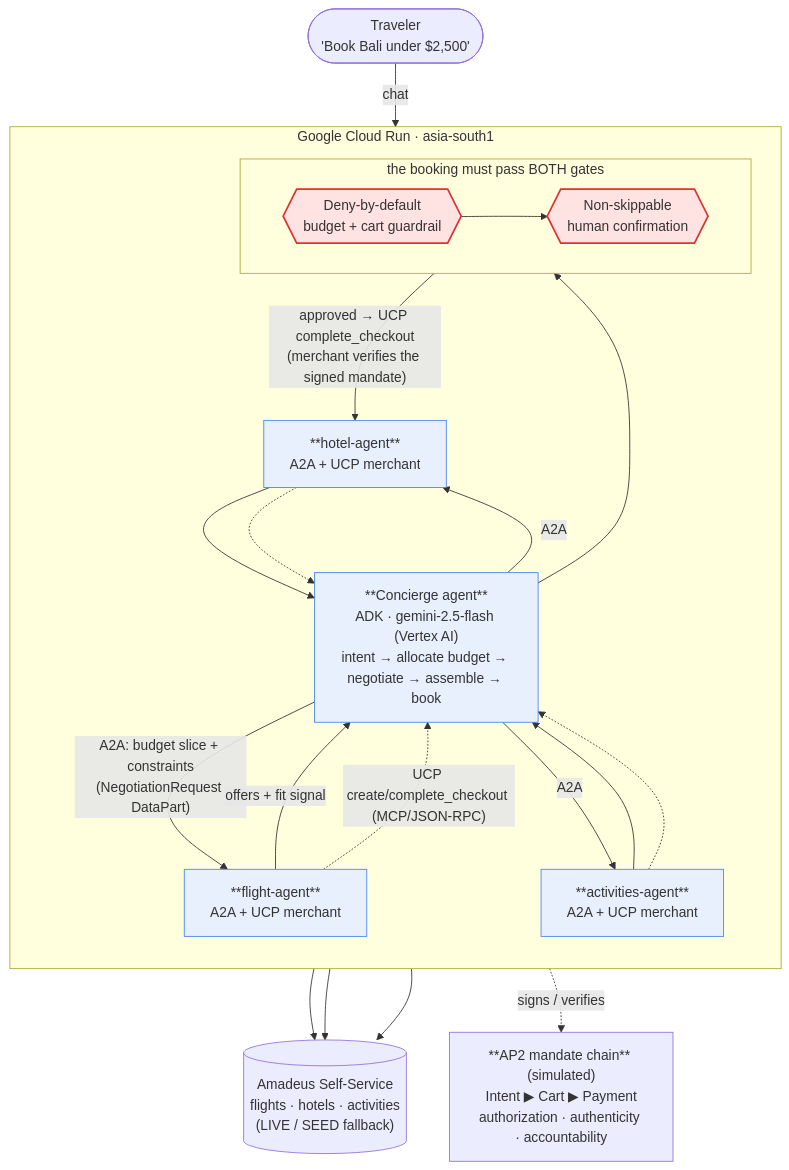
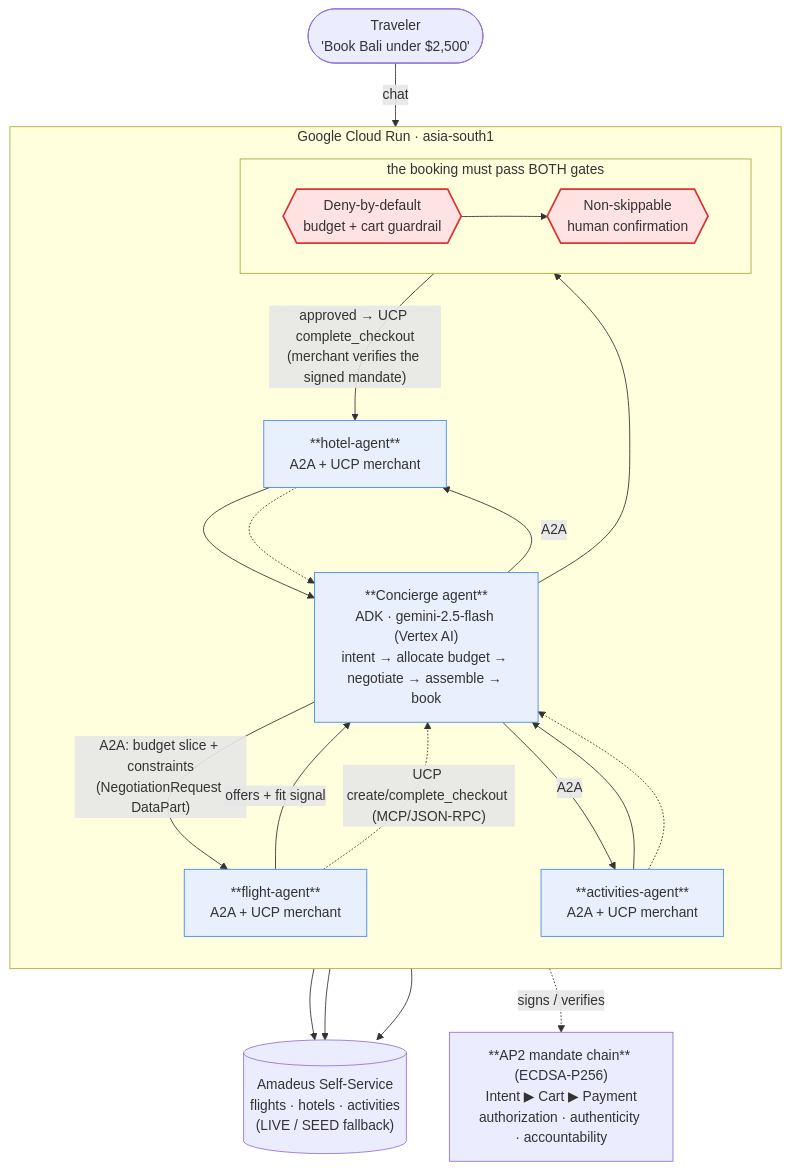
The diagram in docs/architecture.mmd (ihiteshgupta/odyssey), drawn with Mermaid before and after one commit. The commit also changed 10 other files, not shown here.

First line of the commit message:
feat(ap2): real ECDSA P-256 mandate signing (replaces SHA-256 stub)

```diff
--- a/docs/architecture.mmd
+++ b/docs/architecture.mmd
@@ -1,45 +1,45 @@
 flowchart TB
     user(["Traveler<br/>'Book Bali under $2,500'"])
 
     subgraph cr["Google Cloud Run · asia-south1"]
         direction TB
         concierge["**Concierge agent**<br/>ADK · gemini-2.5-flash (Vertex AI)<br/>intent → allocate budget → negotiate → assemble → book"]
 
         subgraph gates["the booking must pass BOTH gates"]
             direction LR
             guard{{"Deny-by-default<br/>budget + cart guardrail"}}
             hitl{{"Non-skippable<br/>human confirmation"}}
         end
 
         flight["**flight-agent**<br/>A2A + UCP merchant"]
         hotel["**hotel-agent**<br/>A2A + UCP merchant"]
         activity["**activities-agent**<br/>A2A + UCP merchant"]
     end
 
     amadeus[("Amadeus Self-Service<br/>flights · hotels · activities<br/>(LIVE / SEED fallback)")]
-    ap2["**AP2 mandate chain** (simulated)<br/>Intent ▶ Cart ▶ Payment<br/>authorization · authenticity · accountability"]
+    ap2["**AP2 mandate chain** (ECDSA-P256)<br/>Intent ▶ Cart ▶ Payment<br/>authorization · authenticity · accountability"]
 
     user -->|"chat"| concierge
     concierge -->|"A2A: budget slice + constraints<br/>(NegotiationRequest DataPart)"| flight
     concierge -->|"A2A"| hotel
     concierge -->|"A2A"| activity
     flight -->|"offers + fit signal"| concierge
     hotel --> concierge
     activity --> concierge
 
     flight -.->|"UCP create/complete_checkout (MCP/JSON-RPC)"| concierge
     hotel -.-> concierge
     activity -.-> concierge
 
     flight --> amadeus
     hotel --> amadeus
     activity --> amadeus
 
     concierge --> guard --> hitl
     hitl -->|"approved → UCP complete_checkout<br/>(merchant verifies the signed mandate)"| hotel
     concierge -.->|"signs / verifies"| ap2
 
     classDef gate fill:#ffe2e2,stroke:#d33,stroke-width:2px;
     class guard,hitl gate;
     classDef agent fill:#e8f0fe,stroke:#4285f4,stroke-width:1px;
     class concierge,flight,hotel,activity agent;
```
